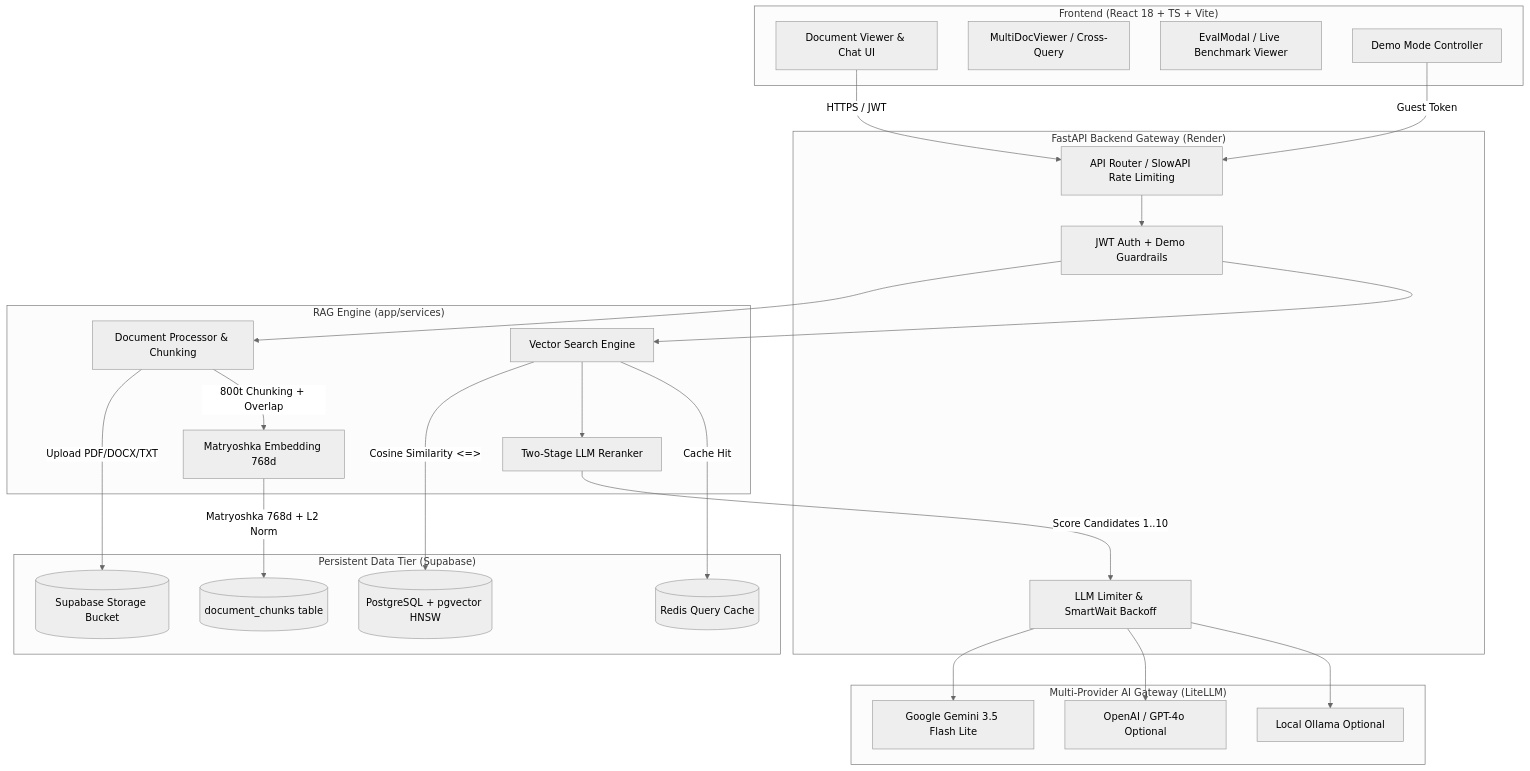
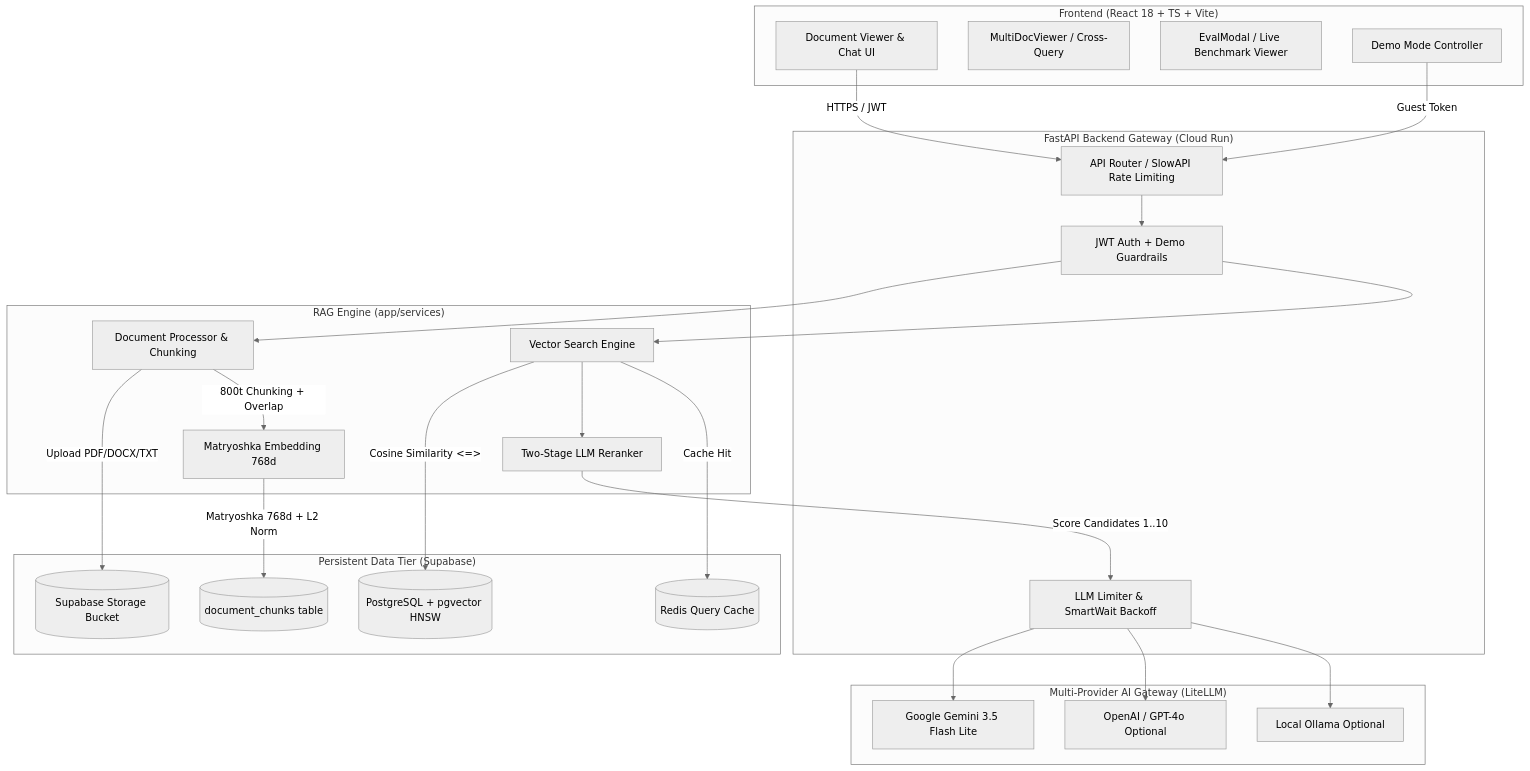
The first of 2 diagrams in README.md (salimtagemouati/documind), drawn with Mermaid (neutral theme) before and after one commit. The commit also changed other lines of this file and 3 other files, not shown here.

Commit message:
docs: correct audit claims and Cloud Run guide

````diff
--- a/README.md
+++ b/README.md
@@ -82,53 +57,53 @@
 ```mermaid
 graph TD
     subgraph Client["Frontend (React 18 + TS + Vite)"]
         UI[Document Viewer & Chat UI]
         MDV[MultiDocViewer / Cross-Query]
         MODAL[EvalModal / Live Benchmark Viewer]
         DEMO[Demo Mode Controller]
     end
 
-    subgraph API["FastAPI Backend Gateway (Render)"]
+    subgraph API["FastAPI Backend Gateway (Cloud Run)"]
         ROUTER[API Router / SlowAPI Rate Limiting]
         AUTH[JWT Auth + Demo Guardrails]
         LIMITER[LLM Limiter & SmartWait Backoff]
     end
 
     subgraph Retrieval["RAG Engine (app/services)"]
         PROC[Document Processor & Chunking]
         EMB[Matryoshka Embedding 768d]
         SEARCH[Vector Search Engine]
         RERANK[Two-Stage LLM Reranker]
     end
 
     subgraph Storage["Persistent Data Tier (Supabase)"]
         PG[(PostgreSQL + pgvector HNSW)]
         CHUNKS[(document_chunks table)]
         STORE[(Supabase Storage Bucket)]
         REDIS[(Redis Query Cache)]
     end
 
     subgraph Providers["Multi-Provider AI Gateway (LiteLLM)"]
         GEMINI[Google Gemini 3.5 Flash Lite]
         OPENAI[OpenAI / GPT-4o Optional]
         OLLAMA[Local Ollama Optional]
     end
 
     UI -->|HTTPS / JWT| ROUTER
     DEMO -->|Guest Token| ROUTER
     ROUTER --> AUTH
     AUTH --> PROC
     AUTH --> SEARCH
 
     PROC -->|Upload PDF/DOCX/TXT| STORE
     PROC -->|800t Chunking + Overlap| EMB
     EMB -->|Matryoshka 768d + L2 Norm| CHUNKS
 
     SEARCH -->|Cosine Similarity <=>| PG
     SEARCH --> RERANK
     RERANK -->|Score Candidates 1..10| LIMITER
     LIMITER --> GEMINI
     LIMITER --> OPENAI
     LIMITER --> OLLAMA
     SEARCH -->|Cache Hit| REDIS
 ```
````
